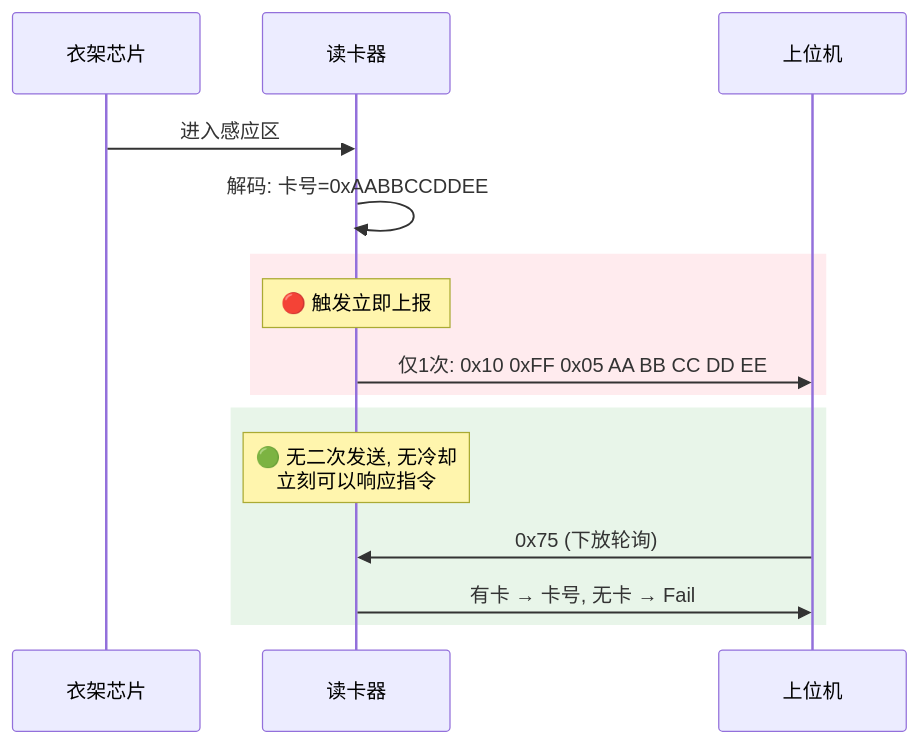
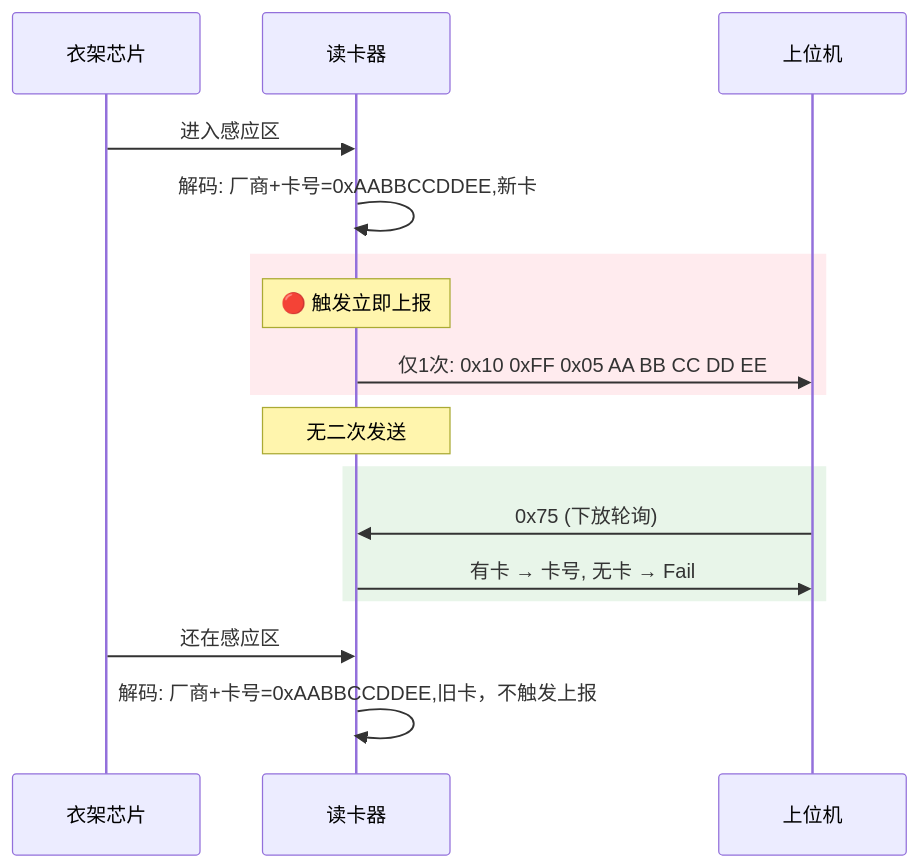
Before and after one commit to Siaiai/ObsidianNote: the third of 3 diagrams in 工作/[[SR3读卡器]]/260804SR3新框架整理.md, drawn with Mermaid. The commit also changed other lines of this file and 3 other files, not shown here.

````diff
--- a/工作/[[SR3读卡器]]/260804SR3新框架整理.md
+++ b/工作/[[SR3读卡器]]/260804SR3新框架整理.md
@@ -134,20 +136,21 @@
 ```mermaid
 sequenceDiagram
     participant 衣架芯片
     participant 读卡器
     participant 上位机
 
     衣架芯片->>读卡器: 进入感应区
-    读卡器->>读卡器: 解码: 卡号=0xAABBCCDDEE
+    读卡器->>读卡器: 解码: 厂商+卡号=0xAABBCCDDEE,新卡
 
     rect rgb(255, 235, 238)
         Note over 读卡器: 🔴 触发立即上报
         读卡器->>上位机: 仅1次: 0x10 0xFF 0x05 AA BB CC DD EE
     end
-
+    Note over 读卡器: 无二次发送
     rect rgb(232, 245, 233)
-        Note over 读卡器: 🟢 无二次发送, 无冷却<br/>立刻可以响应指令
         上位机->>读卡器: 0x75 (下放轮询)
         读卡器->>上位机: 有卡 → 卡号, 无卡 → Fail
     end
+    衣架芯片->>读卡器: 还在感应区
+    读卡器->>读卡器: 解码: 厂商+卡号=0xAABBCCDDEE,旧卡，不触发上报
 ```
````
